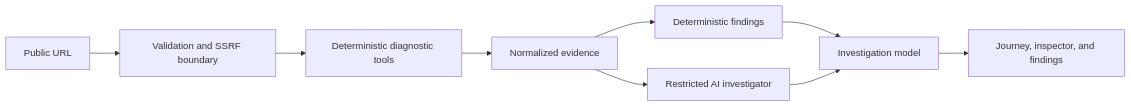
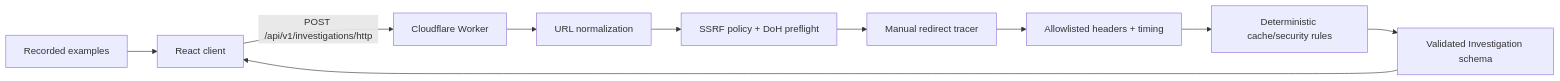
One commit to gaurangpatill/PacketJourney changed the diagram in README.md. Above: the diagram before and after it, drawn with Mermaid. The commit also changed other lines of this file and 7 other files, not shown here.

Commit message:
feat: document deterministic http investigation layer

````diff
--- a/README.md
+++ b/README.md
@@ -24,11 +26,12 @@
 ```mermaid
 flowchart LR
-    URL[Public URL] --> SAFE[Validation and SSRF boundary]
-    SAFE --> TOOLS[Deterministic diagnostic tools]
-    TOOLS --> EVIDENCE[Normalized evidence]
-    EVIDENCE --> RULES[Deterministic findings]
-    EVIDENCE --> AI[Restricted AI investigator]
-    RULES --> MODEL[Investigation model]
-    AI --> MODEL
-    MODEL --> UI[Journey, inspector, and findings]
+    UI[React client] -->|POST /api/v1/investigations/http| W[Cloudflare Worker]
+    W --> N[URL normalization]
+    N --> S[SSRF policy + DoH preflight]
+    S --> R[Manual redirect tracer]
+    R --> H[Allowlisted headers + timing]
+    H --> D[Deterministic cache/security rules]
+    D --> M[Validated Investigation schema]
+    M --> UI
+    DEMO[Recorded examples] --> UI
 ```
````
